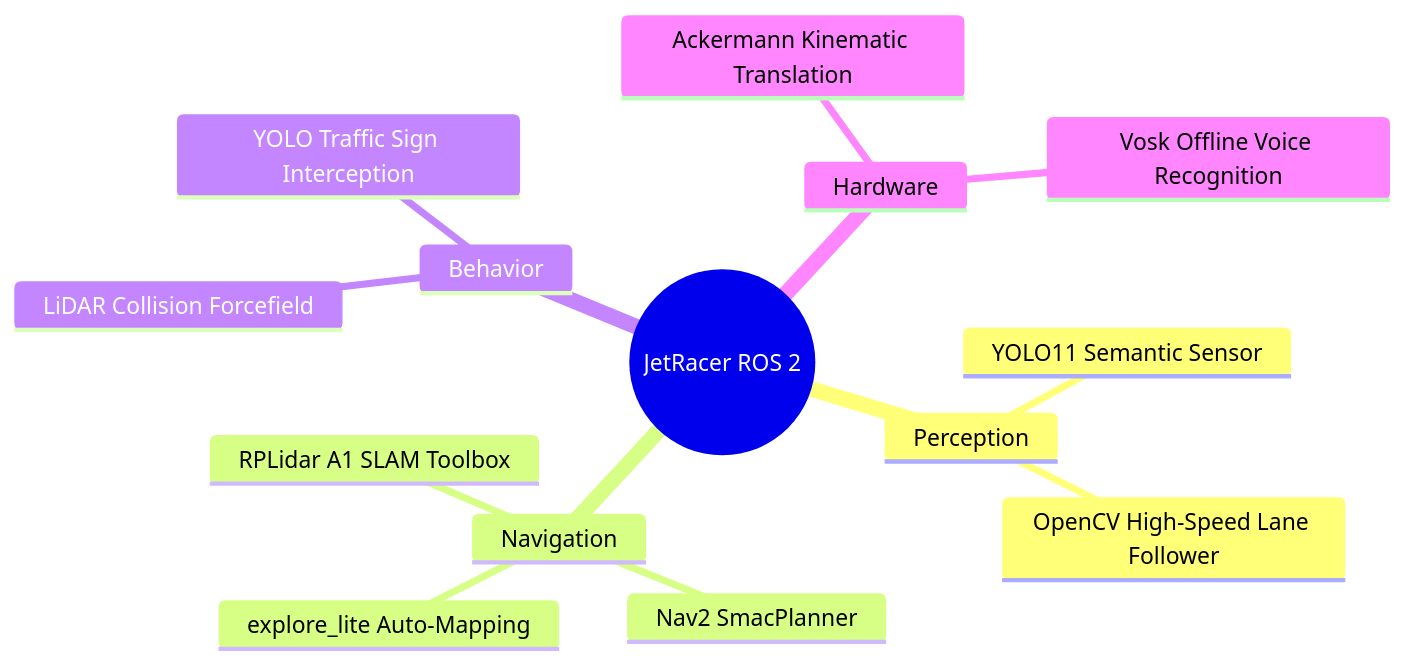
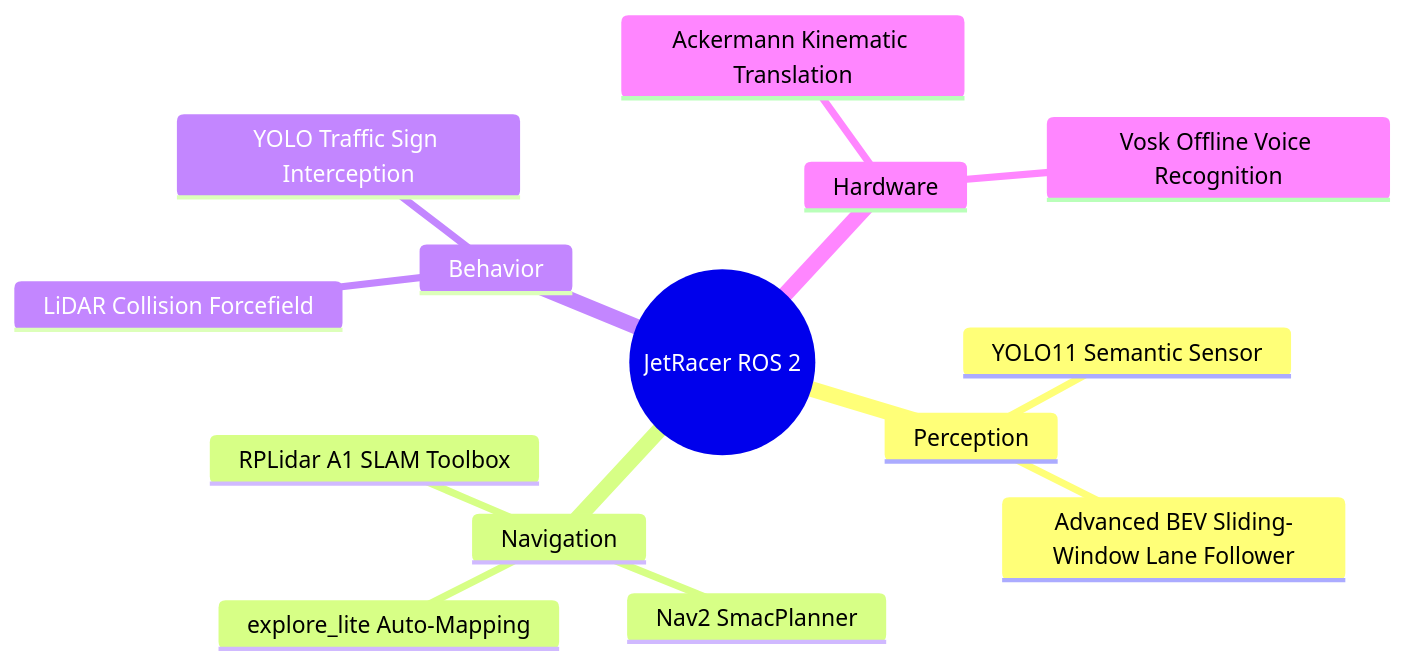
Before and after one commit to CagriCatik/JetRacer: the diagram in docs/01_System_Overview.md, drawn with Mermaid. The commit also changed 66 other files, not shown here.

````diff
--- a/docs/01_System_Overview.md
+++ b/docs/01_System_Overview.md
@@ -12,17 +12,17 @@
 ```mermaid
 mindmap
   root((JetRacer ROS 2))
     Perception
       YOLO11 Semantic Sensor
-      OpenCV High-Speed Lane Follower
+      Advanced BEV Sliding-Window Lane Follower
     Navigation
       RPLidar A1 SLAM Toolbox
       Nav2 SmacPlanner
       explore_lite Auto-Mapping
     Behavior
       LiDAR Collision Forcefield
       YOLO Traffic Sign Interception
     Hardware
       Ackermann Kinematic Translation
       Vosk Offline Voice Recognition
 ```
````
